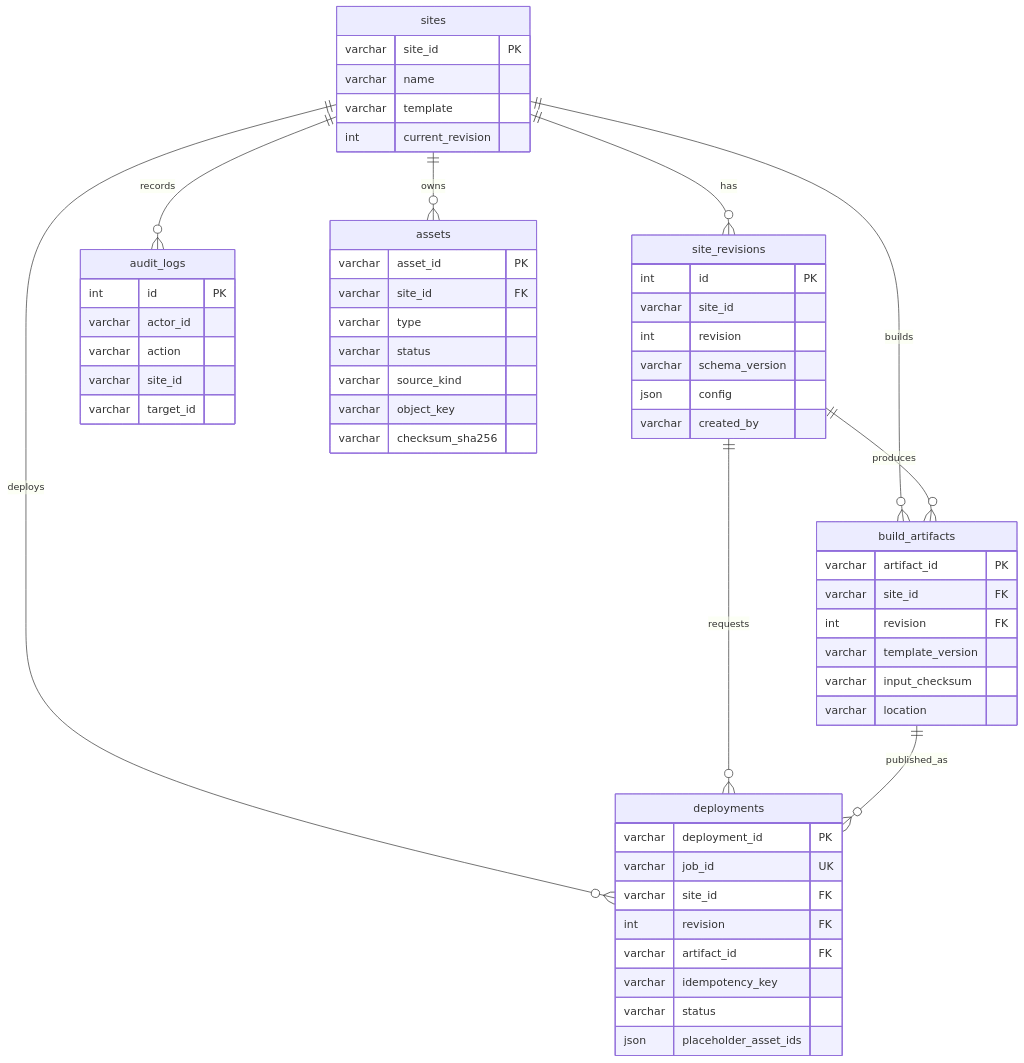
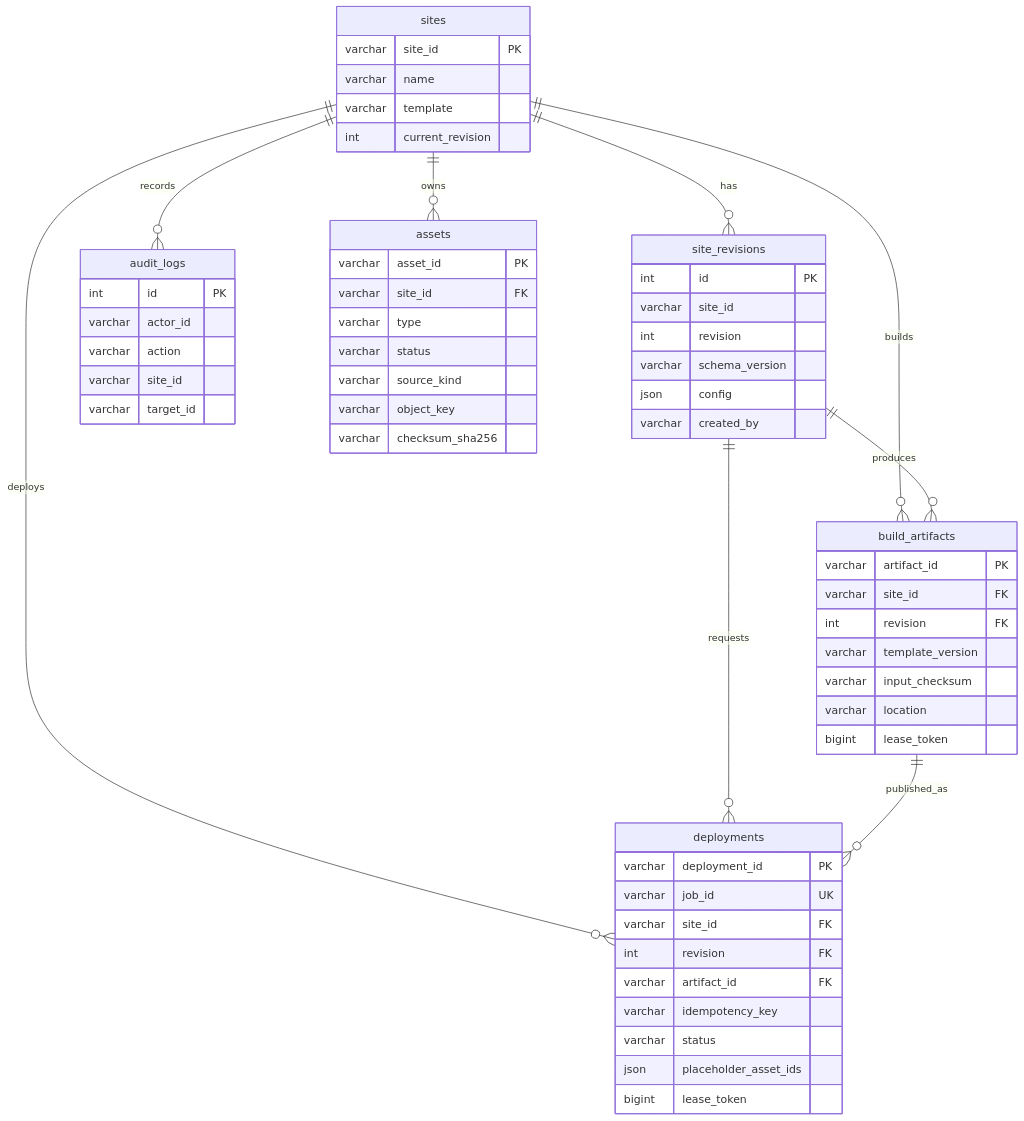
Before and after one commit to pdd1996/susite: the diagram in docs/guides/DATABASE.md, drawn with Mermaid. The commit also changed other lines of this file and 20 other files, not shown here.

````diff
--- a/docs/guides/DATABASE.md
+++ b/docs/guides/DATABASE.md
@@ -18,60 +63,62 @@
 ```mermaid
 erDiagram
     sites ||--o{ site_revisions : has
     sites ||--o{ audit_logs : records
     sites ||--o{ assets : owns
     sites ||--o{ build_artifacts : builds
     sites ||--o{ deployments : deploys
     site_revisions ||--o{ build_artifacts : produces
     site_revisions ||--o{ deployments : requests
     build_artifacts ||--o{ deployments : published_as
 
     sites {
         varchar site_id PK
         varchar name
         varchar template
         int current_revision
     }
     site_revisions {
         int id PK
         varchar site_id
         int revision
         varchar schema_version
         json config
         varchar created_by
     }
     audit_logs {
         int id PK
         varchar actor_id
         varchar action
         varchar site_id
         varchar target_id
     }
     assets {
         varchar asset_id PK
         varchar site_id FK
         varchar type
         varchar status
         varchar source_kind
         varchar object_key
         varchar checksum_sha256
     }
     build_artifacts {
         varchar artifact_id PK
         varchar site_id FK
         int revision FK
         varchar template_version
         varchar input_checksum
         varchar location
+        bigint lease_token
     }
     deployments {
         varchar deployment_id PK
         varchar job_id UK
         varchar site_id FK
         int revision FK
         varchar artifact_id FK
         varchar idempotency_key
         varchar status
         json placeholder_asset_ids
+        bigint lease_token
     }
 ```
````
